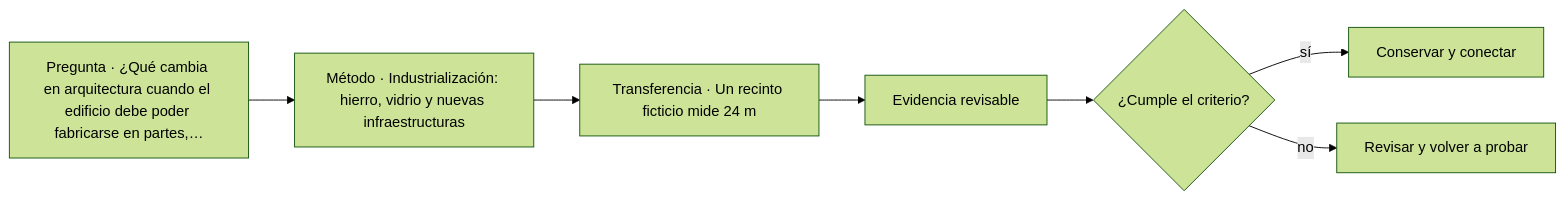
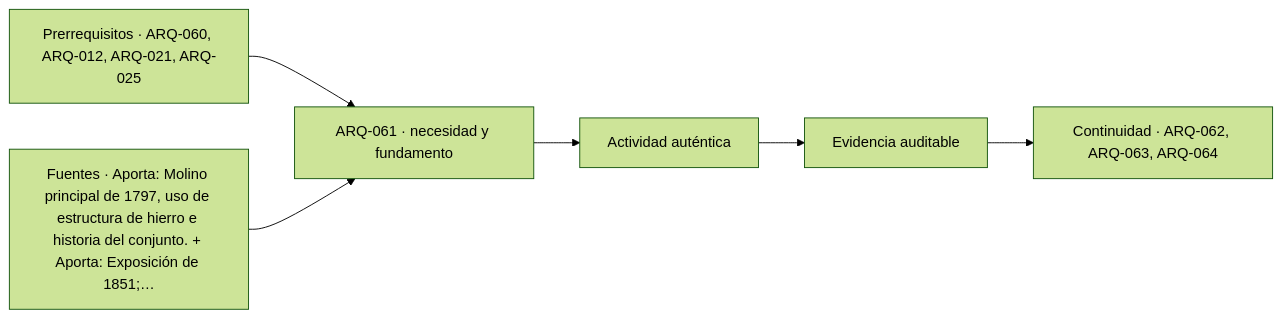
The diagram in classes/parte-07/ARQ-061.md (vladimiracunadev-create/architecture-built-environment-learning-program), drawn with Mermaid (forest theme) before and after one commit. The commit also changed other lines of this file and 761 other files, not shown here.

````diff
--- a/classes/parte-07/ARQ-061.md
+++ b/classes/parte-07/ARQ-061.md
@@ -111,9 +123,8 @@
 ```mermaid
 flowchart LR
-    Q["Pregunta · ¿Qué cambia en arquitectura cuando el edificio debe poder fabricarse en partes,…"] --> M["Método · Industrialización: hierro, vidrio y nuevas infraestructuras"]
-    M --> P["Transferencia · Un recinto ficticio mide 24 m"]
-    P --> E["Evidencia revisable"]
-    E --> C{"¿Cumple el criterio?"}
-    C -->|sí| T["Conservar y conectar"]
-    C -->|no| R["Revisar y volver a probar"]
+    A["Prerrequisitos · ARQ-060, ARQ-012, ARQ-021, ARQ-025"] --> B["ARQ-061 · necesidad y fundamento"]
+    S["Fuentes · Aporta: Molino principal de 1797, uso de estructura de hierro e historia del conjunto. + Aporta: Exposición de 1851;…"] --> B
+    B --> C["Actividad auténtica"]
+    C --> D["Evidencia auditable"]
+    D --> E["Continuidad · ARQ-062, ARQ-063, ARQ-064"]
 ```
````
